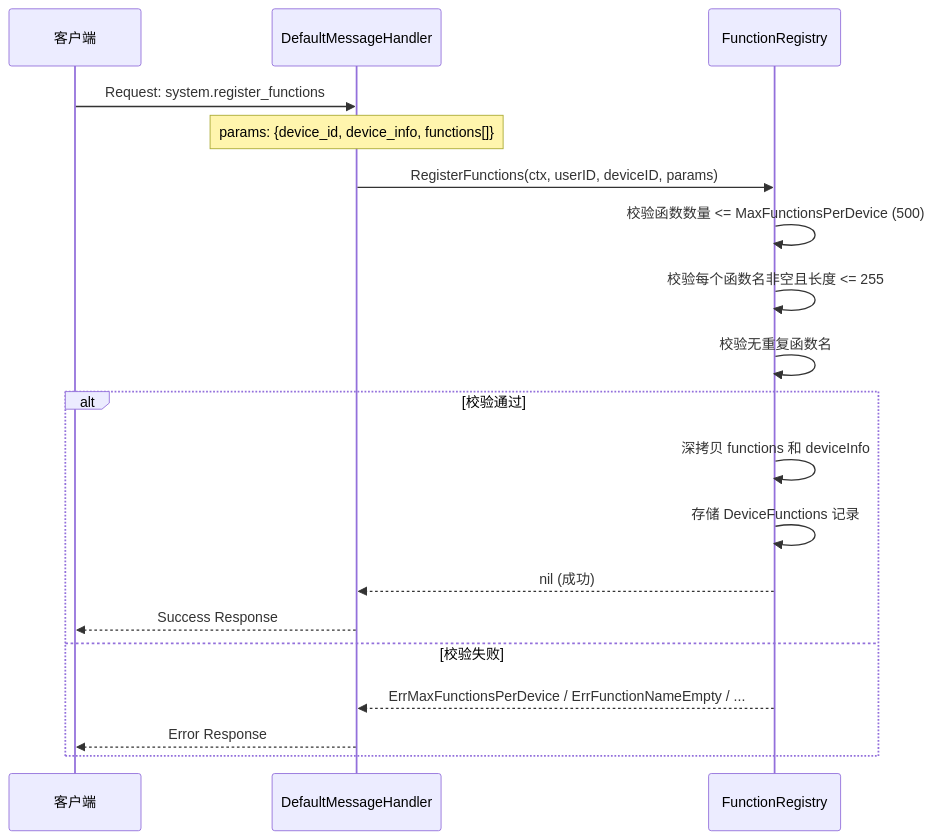
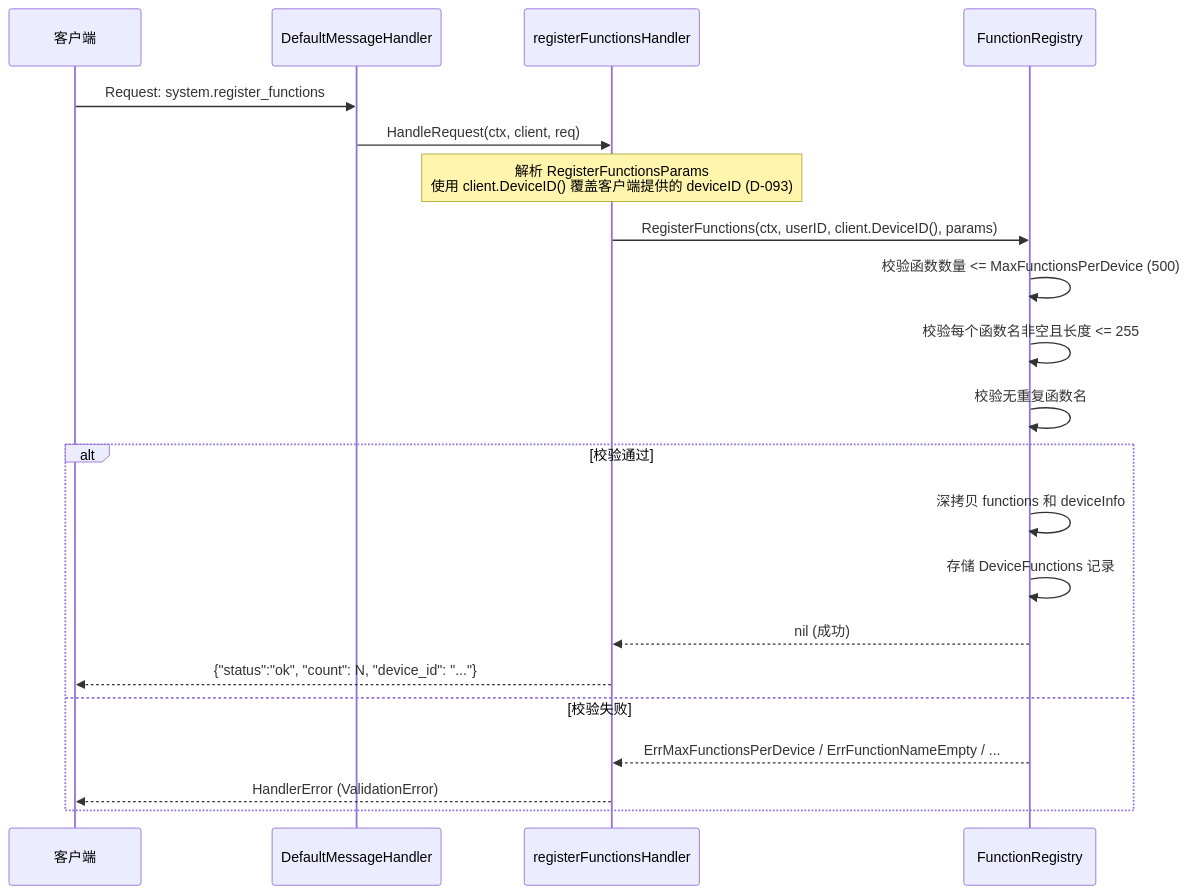
Before and after one commit to PineappleBond/xyncra-server: diagram 11 of 14 in wiki/flows/websocket-connection.md, drawn with Mermaid. The commit also changed other lines of this file and 21 other files, not shown here.

Commit message:
docs(wiki): add edge cases and fix inaccuracies across all flow documents

````diff
--- a/wiki/flows/websocket-connection.md
+++ b/wiki/flows/websocket-connection.md
@@ -715,25 +754,27 @@
 ```mermaid
 sequenceDiagram
     participant Client as 客户端
     participant DMH as DefaultMessageHandler
+    participant RFH as registerFunctionsHandler
     participant FR as FunctionRegistry
 
     Client->>DMH: Request: system.register_functions
-    Note over DMH: params: {device_id, device_info, functions[]}
+    DMH->>RFH: HandleRequest(ctx, client, req)
+    Note over RFH: 解析 RegisterFunctionsParams<br/>使用 client.DeviceID() 覆盖客户端提供的 deviceID (D-093)
 
-    DMH->>FR: RegisterFunctions(ctx, userID, deviceID, params)
+    RFH->>FR: RegisterFunctions(ctx, userID, client.DeviceID(), params)
 
     FR->>FR: 校验函数数量 <= MaxFunctionsPerDevice (500)
     FR->>FR: 校验每个函数名非空且长度 <= 255
     FR->>FR: 校验无重复函数名
 
     alt 校验通过
         FR->>FR: 深拷贝 functions 和 deviceInfo
         FR->>FR: 存储 DeviceFunctions 记录
-        FR-->>DMH: nil (成功)
-        DMH-->>Client: Success Response
+        FR-->>RFH: nil (成功)
+        RFH-->>Client: {"status":"ok", "count": N, "device_id": "..."}
     else 校验失败
-        FR-->>DMH: ErrMaxFunctionsPerDevice / ErrFunctionNameEmpty / ...
-        DMH-->>Client: Error Response
+        FR-->>RFH: ErrMaxFunctionsPerDevice / ErrFunctionNameEmpty / ...
+        RFH-->>Client: HandlerError (ValidationError)
     end
 ```
````
